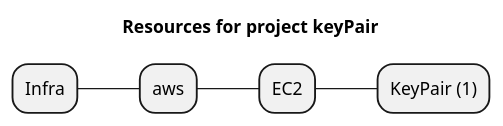
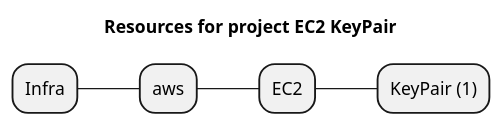
Before and after one commit to grucloud/grucloud: the diagram in examples/aws/ec2/keyPair/artifacts/resources-mindmap.puml, drawn with PlantUML. The commit also changed 93 other files, not shown here.

```diff
--- a/examples/aws/ec2/keyPair/artifacts/resources-mindmap.puml
+++ b/examples/aws/ec2/keyPair/artifacts/resources-mindmap.puml
@@ -1,8 +1,8 @@
 @startmindmap
-title Resources for project keyPair
+title Resources for project EC2 KeyPair
 skinparam monochrome true
 + Infra
 ++ aws
 +++ EC2
 ++++ KeyPair (1)
 @endmindmap
```
